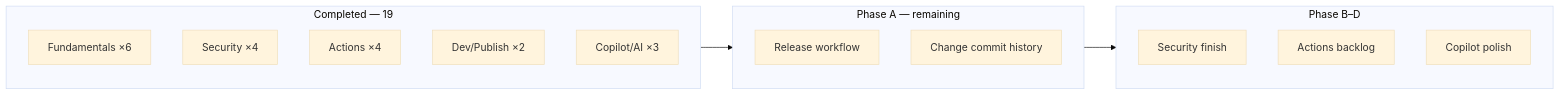
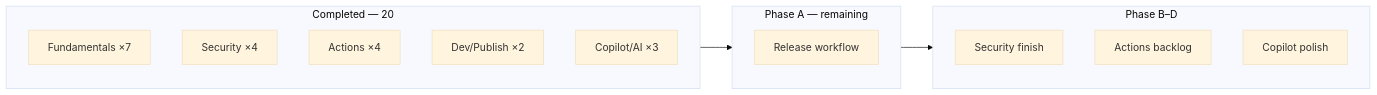
The diagram in ROADMAP.md (blackhebrewisraeli/github-skills-journey), drawn with Mermaid (base theme) before and after one commit. The commit also changed other lines of this file and 1 other file, not shown here.

Commit message:
Add Change commit history practice (20 total); update Phase A roadmap

````diff
--- a/ROADMAP.md
+++ b/ROADMAP.md
@@ -10,20 +10,19 @@
 ```mermaid
 flowchart LR
-    subgraph done [Completed — 19]
-        F[Fundamentals ×6]
+    subgraph done [Completed — 20]
+        F[Fundamentals ×7]
         S[Security ×4]
         A[Actions ×4]
         D[Dev/Publish ×2]
         C[Copilot/AI ×3]
     end
     subgraph next [Phase A — remaining]
         N2[Release workflow]
-        N3[Change commit history]
     end
     subgraph later [Phase B–D]
         B[Security finish]
         AB[Actions backlog]
         CP[Copilot polish]
     end
     done --> next --> later
 ```
````
